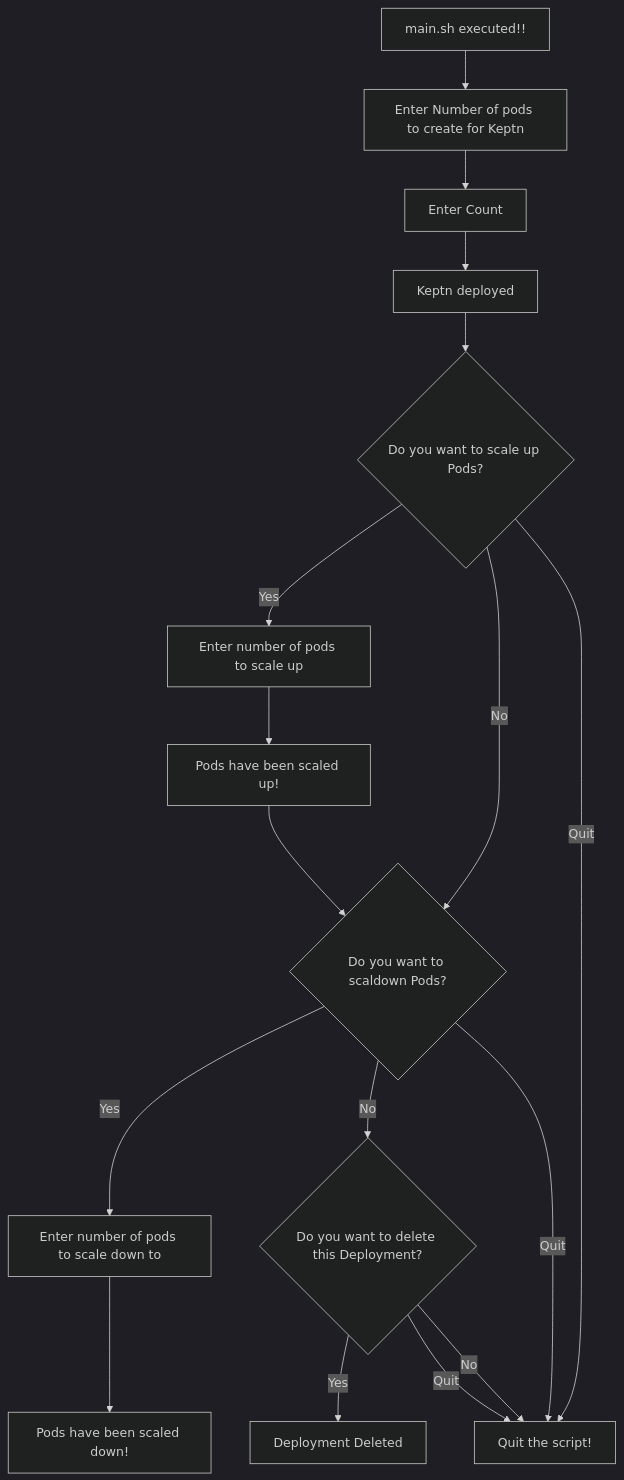
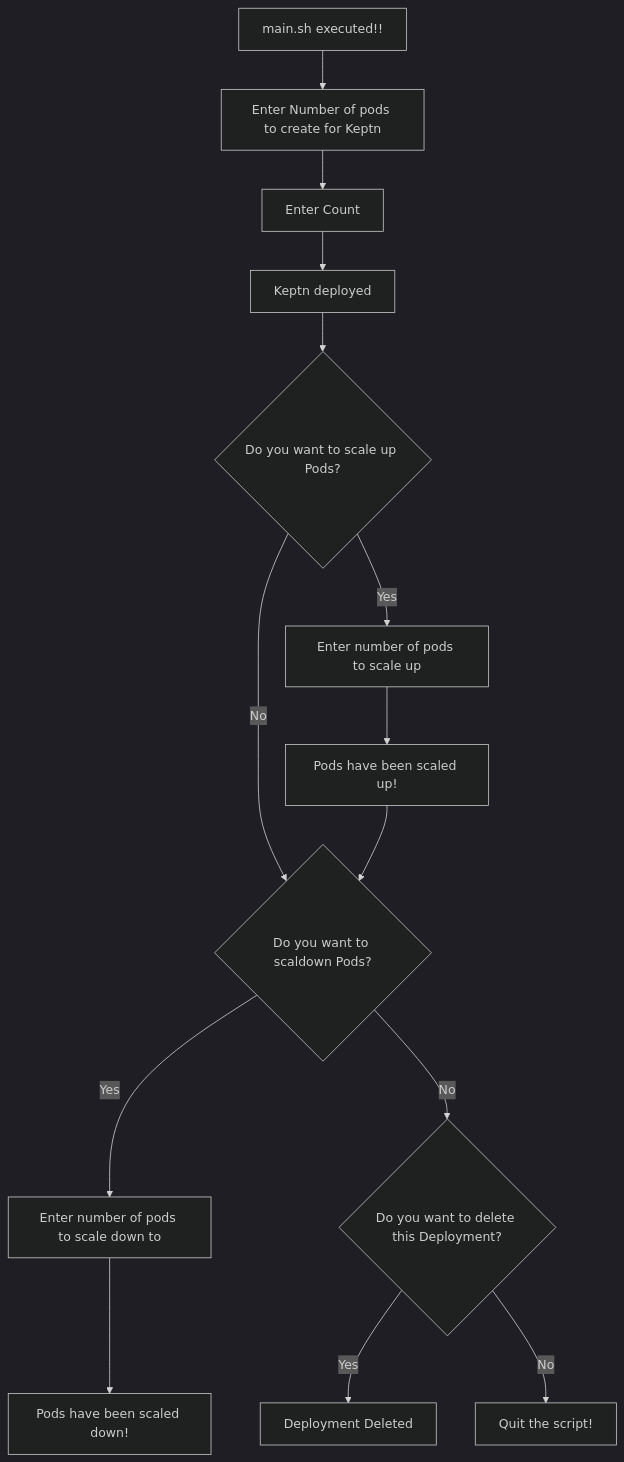
Before and after one commit to NashTech-Labs/Deploy-Keptn-using-K8s: the diagram in README.md, drawn with Mermaid (dark theme).

Commit message:
Updated Template

````diff
--- a/README.md
+++ b/README.md
@@ -38,20 +38,17 @@
 ```mermaid
 flowchart TD
     A[main.sh executed!!];
     A --> B[Enter Number of pods to create for Keptn];
     B --> C[Enter Count];
     C --> D[Keptn deployed];
     D --> E{Do you want to scale up Pods?};
     E -- Yes --> F[Enter number of pods to scale up];
     F --> G[Pods have been scaled up!]
     E -- No --> H{Do you want to scaldown Pods?};
-    E -- Quit --> Z[Quit the script!];
     G --> H{Do you want to scaldown Pods?};
     H -- Yes --> I[Enter number of pods to scale down to];
     I --> J[Pods have been scaled down!];
-    H -- Quit --> Z[Quit the script!];
     H -- No --> K{Do you want to delete this Deployment?};
     K -- Yes --> L[Deployment Deleted];
     K -- No --> Z[Quit the script!];
-    K -- Quit --> Z[Quit the script!];
 ```
````
